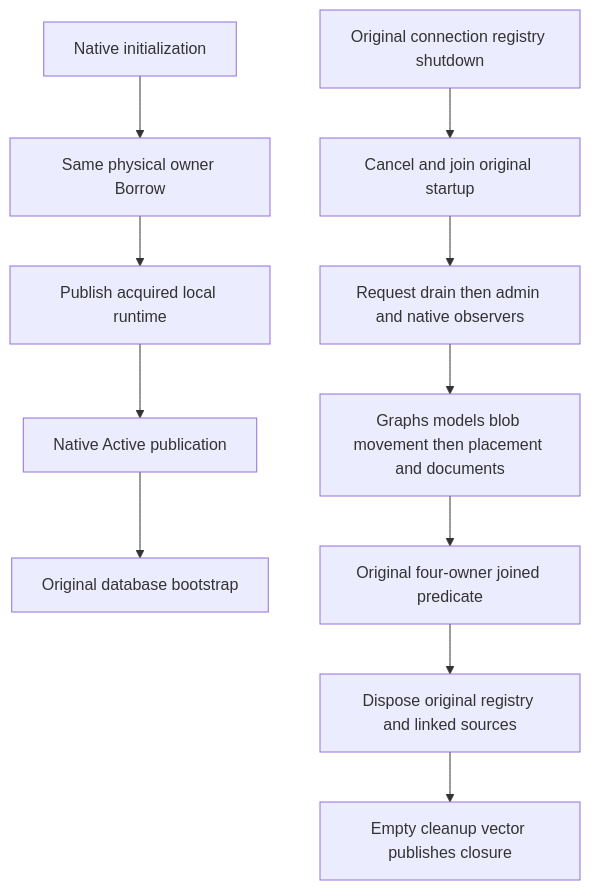
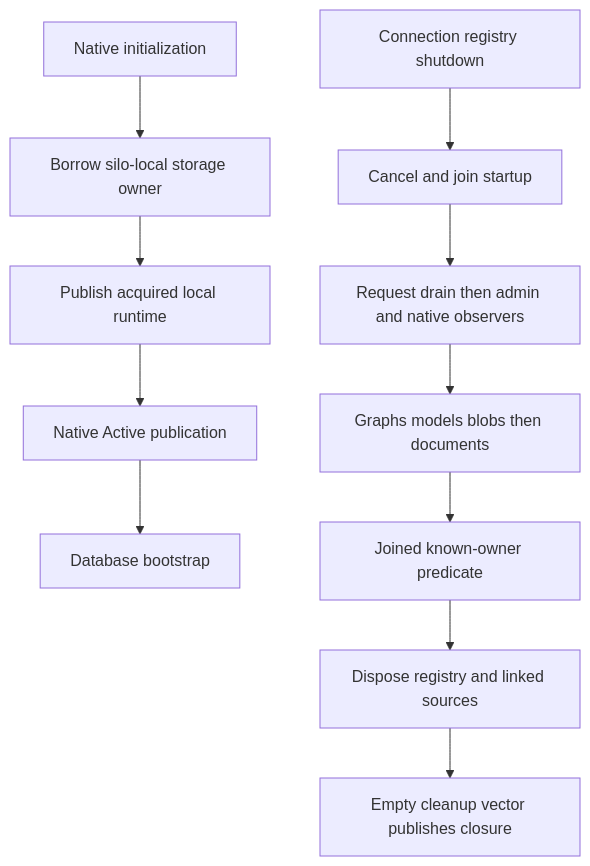
Before and after one commit to managedcode/KeyLoad: the diagram in docs/Features/ClusterRouting/NativeNodeResourceOwnership.md, drawn with Mermaid. The commit also changed other lines of this file and 7356 other files, not shown here.

First line of the commit message:
Replace custom consensus with native Orleans storage services

````diff
--- a/docs/Features/ClusterRouting/NativeNodeResourceOwnership.md
+++ b/docs/Features/ClusterRouting/NativeNodeResourceOwnership.md
@@ -17,13 +15,13 @@
 ```mermaid
 flowchart TD
-    Native[Native initialization] --> Borrow[Same physical owner Borrow]
+    Native[Native initialization] --> Borrow[Borrow silo-local storage owner]
     Borrow --> Local[Publish acquired local runtime]
     Local --> Active[Native Active publication]
-    Active --> Bootstrap[Original database bootstrap]
-    Registry[Original connection registry shutdown] --> Cancel[Cancel and join original startup]
+    Active --> Bootstrap[Database bootstrap]
+    Registry[Connection registry shutdown] --> Cancel[Cancel and join startup]
     Cancel --> Host[Request drain then admin and native observers]
-    Host --> Runtime[Graphs models blob movement then placement and documents]
-    Runtime --> Known[Original four-owner joined predicate]
-    Known --> Lifetime[Dispose original registry and linked sources]
+    Host --> Runtime[Graphs models blobs then documents]
+    Runtime --> Known[Joined known-owner predicate]
+    Known --> Lifetime[Dispose registry and linked sources]
     Lifetime --> Permit[Empty cleanup vector publishes closure]
 ```
````
